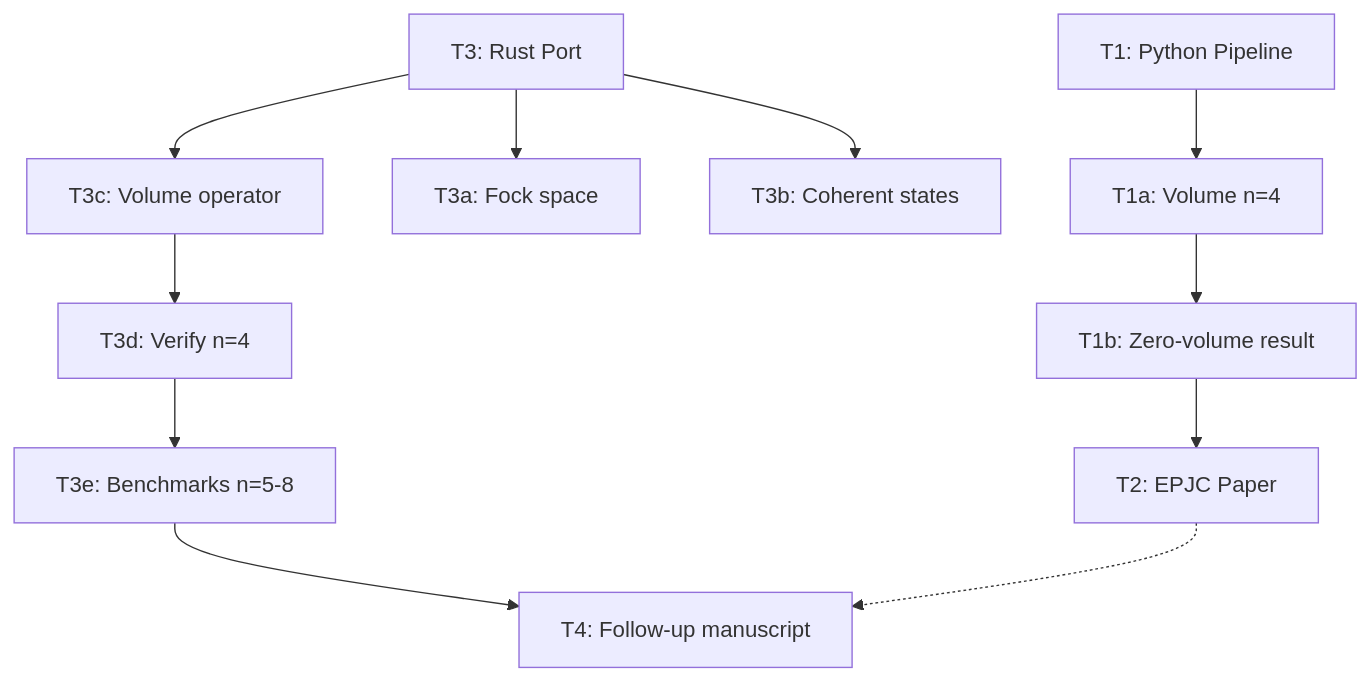
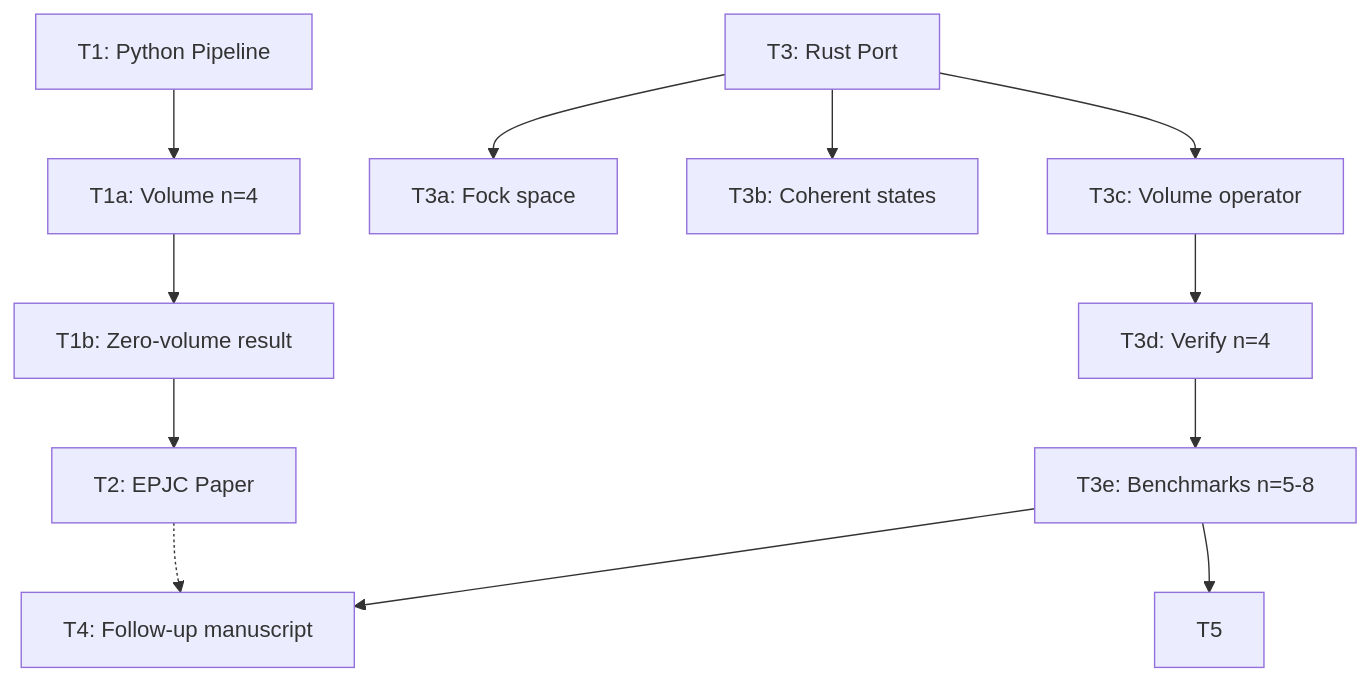
Before and after one commit to space-cadet/lqg-scattering: the diagram in memory-bank/tasks.md, drawn with Mermaid. The commit also changed other lines of this file and 6 other files, not shown here.

First line of the commit message:
Memory-bank: add T5 Experiments (T5a-T5g) + experiments.md roadmap

````diff
--- a/memory-bank/tasks.md
+++ b/memory-bank/tasks.md
@@ -235,23 +264,24 @@
 ```mermaid
 graph TD
     T1[T1: Python Pipeline]
     T1a[T1a: Volume n=4]
     T1b[T1b: Zero-volume result]
     T2[T2: EPJC Paper]
     T3[T3: Rust Port]
     T3a[T3a: Fock space]
     T3b[T3b: Coherent states]
     T3c[T3c: Volume operator]
     T3d[T3d: Verify n=4]
     T3e[T3e: Benchmarks n=5-8]
     T4[T4: Follow-up manuscript]
 
     T1 --> T1a --> T1b --> T2
     T3 --> T3a
     T3 --> T3b
     T3 --> T3c
     T3c --> T3d
     T3d --> T3e
     T3e --> T4
     T2 -.-> T4
+    T3e --> T5
 ```
````
